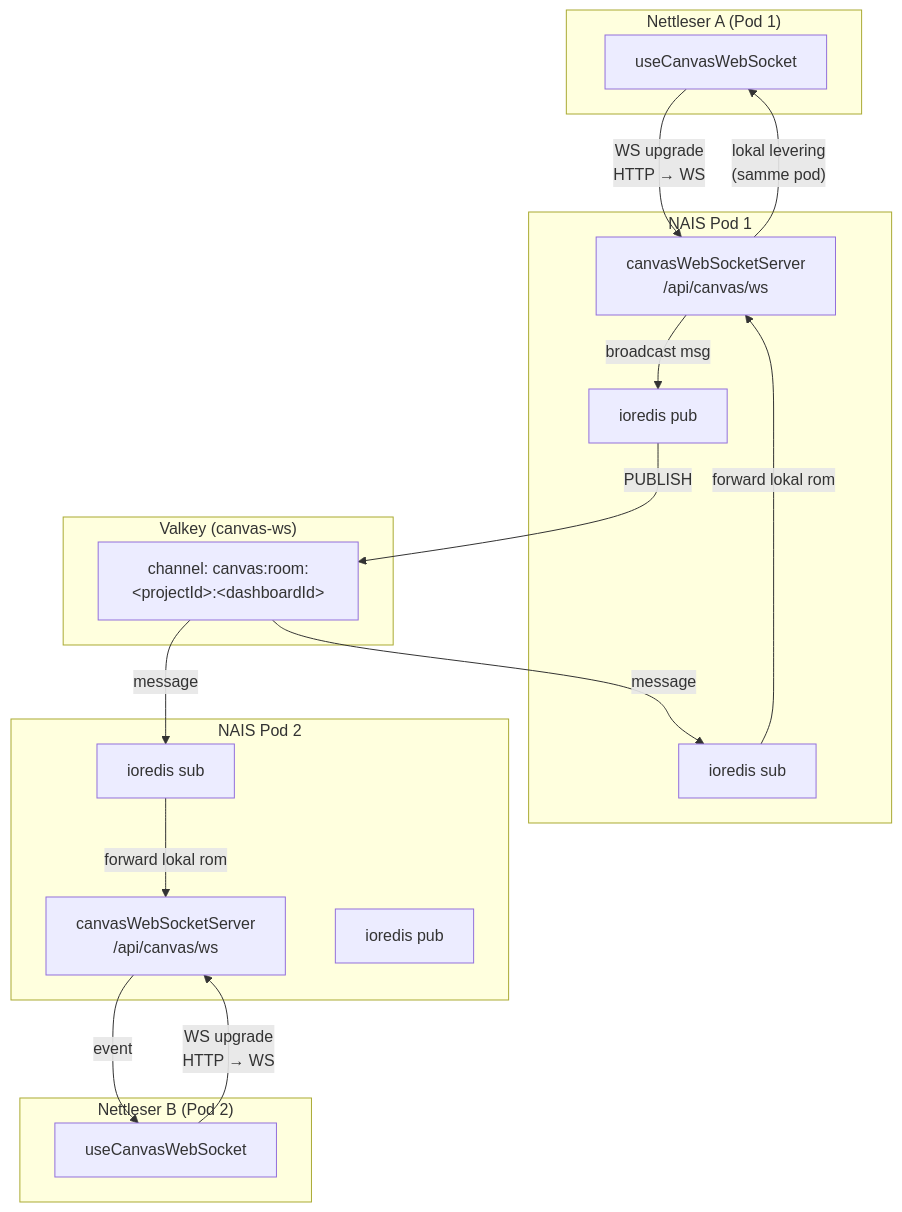
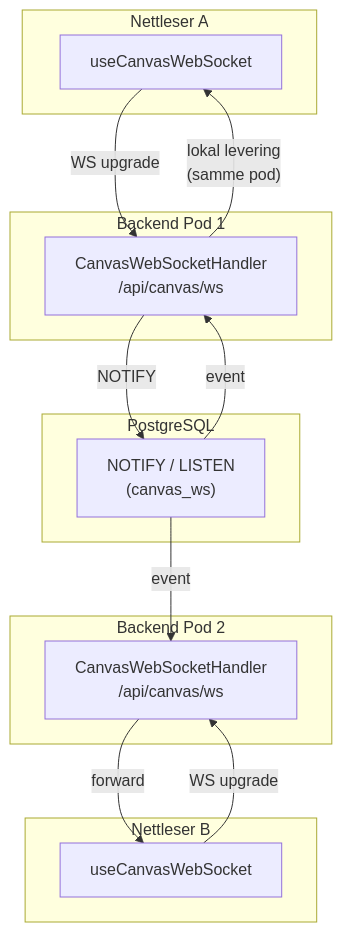
Before and after one commit to navikt/innblikk-frontend: the diagram in README.md, drawn with Mermaid. The commit also changed other lines of this file and 1 other file, not shown here.

````diff
--- a/README.md
+++ b/README.md
@@ -95,39 +94,32 @@
 ```mermaid
 graph TD
-    subgraph Browser A ["Nettleser A (Pod 1)"]
+    subgraph Browser A ["Nettleser A"]
         CA[useCanvasWebSocket]
     end
 
-    subgraph Browser B ["Nettleser B (Pod 2)"]
+    subgraph Browser B ["Nettleser B"]
         CB[useCanvasWebSocket]
     end
 
-    subgraph Pod1 ["NAIS Pod 1"]
-        WS1[canvasWebSocketServer\n/api/canvas/ws]
-        PUB1[ioredis pub]
-        SUB1[ioredis sub]
+    subgraph Pod1 ["Backend Pod 1"]
+        WS1[CanvasWebSocketHandler\n/api/canvas/ws]
     end
 
-    subgraph Pod2 ["NAIS Pod 2"]
-        WS2[canvasWebSocketServer\n/api/canvas/ws]
-        PUB2[ioredis pub]
-        SUB2[ioredis sub]
+    subgraph Pod2 ["Backend Pod 2"]
+        WS2[CanvasWebSocketHandler\n/api/canvas/ws]
     end
 
-    subgraph Valkey ["Valkey (canvas-ws)"]
-        CH["channel: canvas:room:&lt;projectId&gt;:&lt;dashboardId&gt;"]
+    subgraph PG ["PostgreSQL"]
+        NOTIFY["NOTIFY / LISTEN\n(canvas_ws)"]
     end
 
-    CA -- "WS upgrade\nHTTP → WS" --> WS1
-    CB -- "WS upgrade\nHTTP → WS" --> WS2
+    CA -- "WS upgrade" --> WS1
+    CB -- "WS upgrade" --> WS2
 
-    WS1 -- broadcast msg --> PUB1
-    PUB1 -- PUBLISH --> CH
-    CH -- message --> SUB1
-    CH -- message --> SUB2
-    SUB1 -- forward lokal rom --> WS1
-    SUB2 -- forward lokal rom --> WS2
-    WS2 -- event --> CB
+    WS1 -- "NOTIFY" --> NOTIFY
+    NOTIFY -- "event" --> WS1
+    NOTIFY -- "event" --> WS2
+    WS2 -- "forward" --> CB
 
     WS1 -- "lokal levering\n(samme pod)" --> CA
 ```
````
